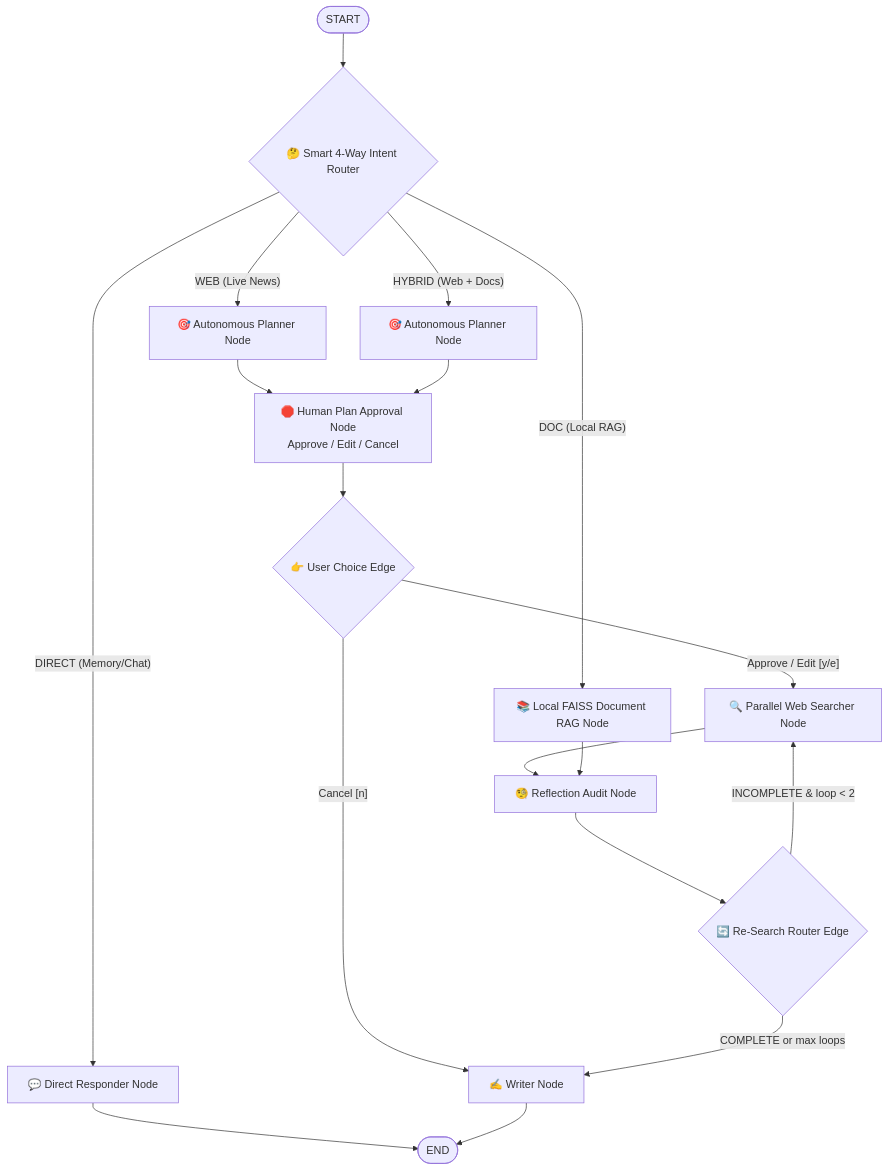
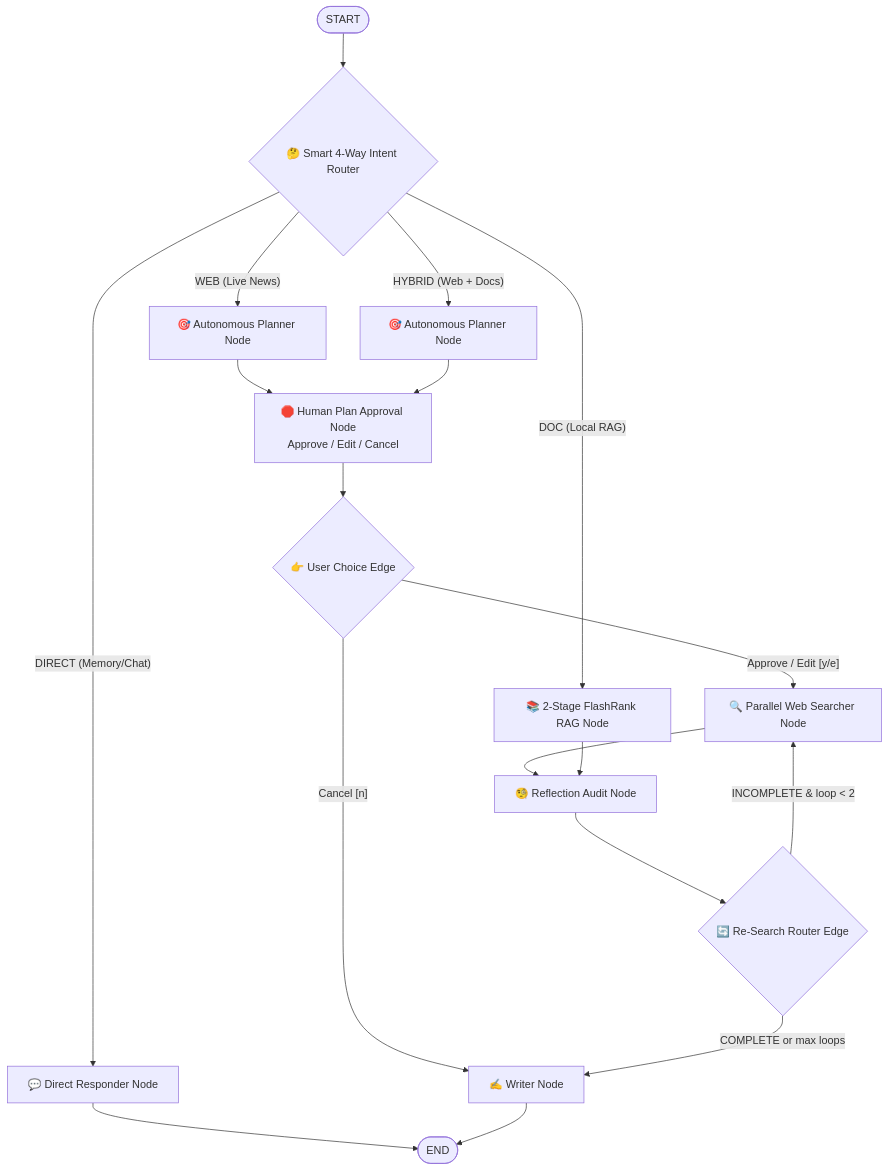
The diagram in README.md (ARJUN-PUNDIR/nexus-ai), drawn with Mermaid before and after one commit. The commit also changed other lines of this file and 2 other files, not shown here.

Commit message:
2-Stage FlashRank RAG Re-Ranking Integration Added

````diff
--- a/README.md
+++ b/README.md
@@ -40,26 +69,26 @@
 ```mermaid
 graph TD
     START([START]) --> Router{🤔 Smart 4-Way Intent Router}
     
     Router -- "DIRECT (Memory/Chat)" --> DirectResponder[💬 Direct Responder Node]
     Router -- "WEB (Live News)" --> PlannerWeb[🎯 Autonomous Planner Node]
-    Router -- "DOC (Local RAG)" --> RAGDoc[📚 Local FAISS Document RAG Node]
+    Router -- "DOC (Local RAG)" --> RAGDoc[📚 2-Stage FlashRank RAG Node]
     Router -- "HYBRID (Web + Docs)" --> PlannerHybrid[🎯 Autonomous Planner Node]
     
     PlannerWeb --> HumanApproval[🛑 Human Plan Approval Node<br/>Approve / Edit / Cancel]
     PlannerHybrid --> HumanApproval
     
     HumanApproval --> RouteApproval{👉 User Choice Edge}
     RouteApproval -- "Approve / Edit [y/e]" --> SearcherWeb[🔍 Parallel Web Searcher Node]
     RouteApproval -- "Cancel [n]" --> Writer[✍️ Writer Node]
 
     SearcherWeb --> Reflection[🧐 Reflection Audit Node]
     RAGDoc --> Reflection
 
     Reflection --> RouteReflection{🔄 Re-Search Router Edge}
     RouteReflection -- "INCOMPLETE & loop < 2" --> SearcherWeb
     RouteReflection -- "COMPLETE or max loops" --> Writer
 
     DirectResponder --> END([END])
     Writer --> END([END])
 ```
````
